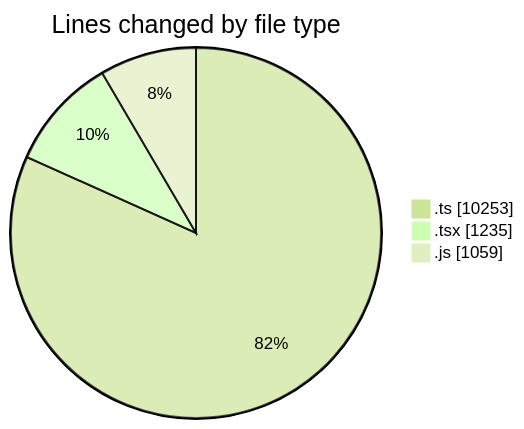
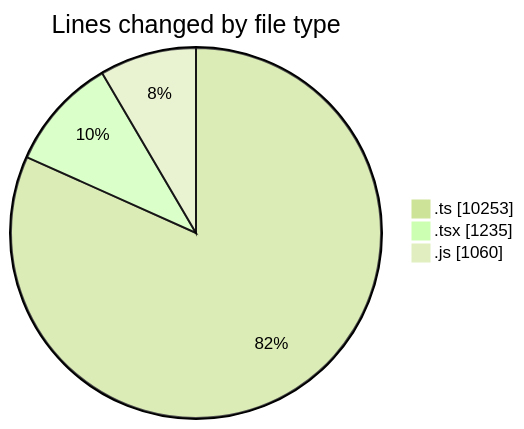
The first of 2 diagrams in 2025-06-23/cda/README.md (momahboobian/code-tracking), drawn with Mermaid (forest theme) before and after one commit. The commit also changed other lines of this file and 1 other file, not shown here.

````diff
--- a/2025-06-23/cda/README.md
+++ b/2025-06-23/cda/README.md
@@ -29,7 +29,7 @@
 ```mermaid
 pie showData
 title Lines changed by file type
 ".ts" : 10253
 ".tsx" : 1235
-".js" : 1059
+".js" : 1060
 ```
````
